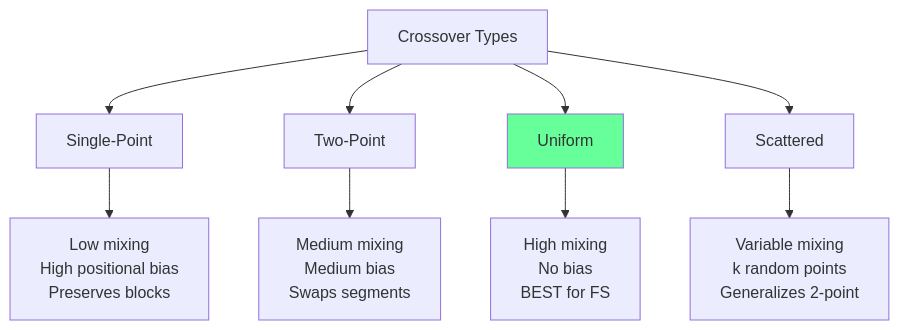
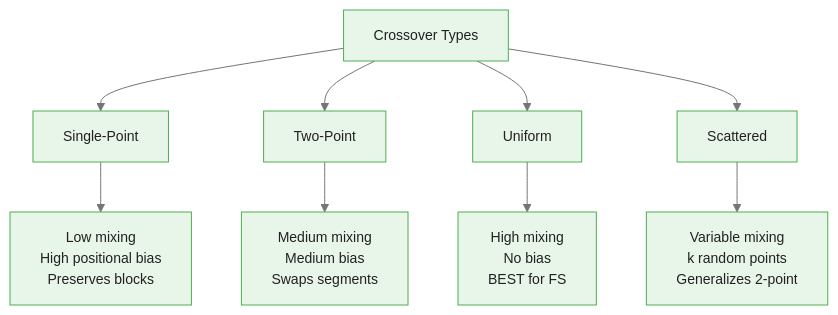
One commit to m-deane/course-creator changed the second of 4 diagrams in courses/genetic-algorithms-feature-selection/modules/module_01_ga_fundamentals/guides/03_genetic_operators_slides.md. Above: the diagram before and after it, drawn with Mermaid. The commit also changed other lines of this file and 52 other files, not shown here.

````diff
--- a/courses/genetic-algorithms-feature-selection/modules/module_01_ga_fundamentals/guides/03_genetic_operators_slides.md
+++ b/courses/genetic-algorithms-feature-selection/modules/module_01_ga_fundamentals/guides/03_genetic_operators_slides.md
@@ -165,12 +164,12 @@
 ```mermaid
+%%{init: {"theme": "base", "themeVariables": {"primaryColor": "#e8f5e9", "primaryBorderColor": "#4caf50", "primaryTextColor": "#212121", "secondaryColor": "#e3f2fd", "tertiaryColor": "#fff8e1", "lineColor": "#757575", "fontFamily": "Inter, sans-serif", "fontSize": "14px"}}}%%
 graph TD
     A["Crossover Types"] --> B["Single-Point"]
     A --> C["Two-Point"]
     A --> D["Uniform"]
     A --> E["Scattered"]
     B --> B1["Low mixing<br/>High positional bias<br/>Preserves blocks"]
     C --> C1["Medium mixing<br/>Medium bias<br/>Swaps segments"]
     D --> D1["High mixing<br/>No bias<br/>BEST for FS"]
     E --> E1["Variable mixing<br/>k random points<br/>Generalizes 2-point"]
-    style D fill:#6f9
 ```
````
